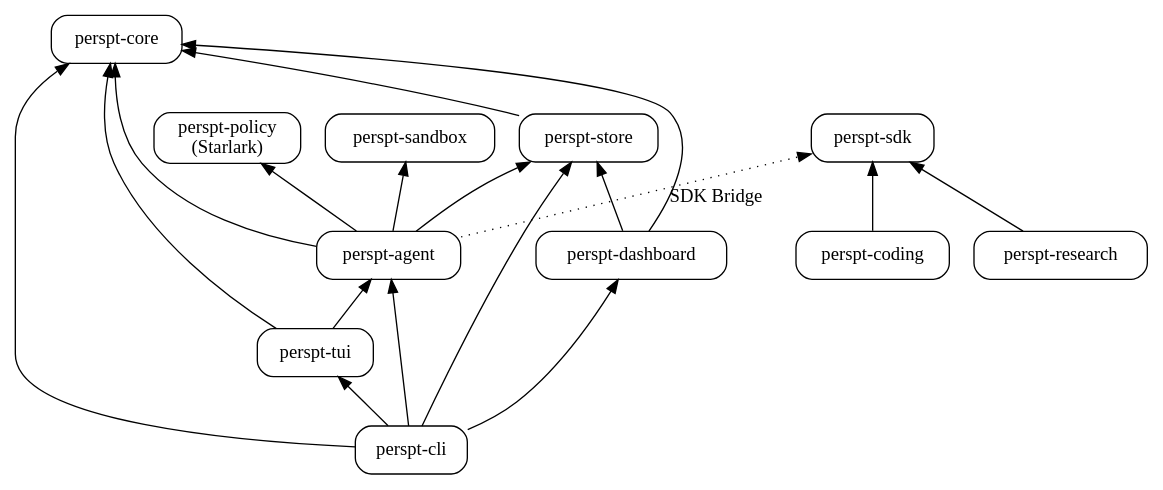
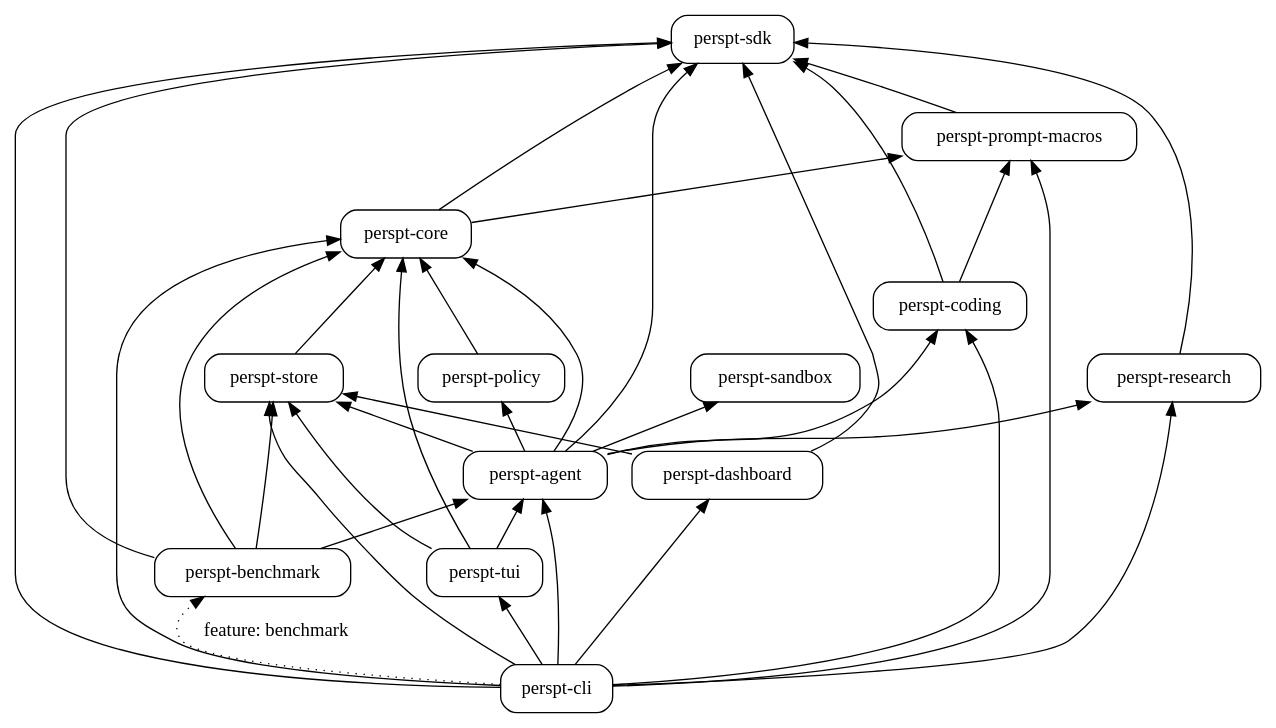
One commit to eonseed/perspt changed the diagram in docs/perspt_book/source/developer-guide/architecture.rst. Above: the diagram before and after it, drawn with Graphviz. The commit also changed other lines of this file and 51 other files, not shown here.

```diff
--- a/docs/perspt_book/source/developer-guide/architecture.rst
+++ b/docs/perspt_book/source/developer-guide/architecture.rst
@@ -36,26 +41,42 @@
 .. graphviz::
    :align: center
 
    digraph crates {
        rankdir=BT;
        node [shape=box, style=rounded];
        "perspt-cli" -> "perspt-core";
+       "perspt-cli" -> "perspt-sdk";
+       "perspt-cli" -> "perspt-tui";
        "perspt-cli" -> "perspt-agent";
-       "perspt-cli" -> "perspt-tui";
+       "perspt-cli" -> "perspt-coding";
+       "perspt-cli" -> "perspt-prompt-macros";
+       "perspt-cli" -> "perspt-research";
        "perspt-cli" -> "perspt-store";
+       "perspt-cli" -> "perspt-dashboard";
+       "perspt-cli" -> "perspt-benchmark" [style=dotted, label="feature: benchmark"];
+       "perspt-core" -> "perspt-sdk";
+       "perspt-core" -> "perspt-prompt-macros";
        "perspt-agent" -> "perspt-core";
-       "perspt-agent" -> "perspt-store";
+       "perspt-agent" -> "perspt-sdk";
+       "perspt-agent" -> "perspt-coding";
+       "perspt-agent" -> "perspt-research";
        "perspt-agent" -> "perspt-policy";
        "perspt-agent" -> "perspt-sandbox";
-       "perspt-agent" -> "perspt-sdk" [style=dotted, label="SDK Bridge"];
+       "perspt-agent" -> "perspt-store";
        "perspt-tui" -> "perspt-core";
        "perspt-tui" -> "perspt-agent";
+       "perspt-tui" -> "perspt-store";
        "perspt-store" -> "perspt-core";
-       "perspt-policy" [label="perspt-policy\n(Starlark)"];
+       "perspt-policy" -> "perspt-core";
        "perspt-sandbox" [label="perspt-sandbox"];
        "perspt-coding" -> "perspt-sdk";
+       "perspt-coding" -> "perspt-prompt-macros";
        "perspt-research" -> "perspt-sdk";
+       "perspt-prompt-macros" -> "perspt-sdk";
        "perspt-dashboard" -> "perspt-store";
-       "perspt-dashboard" -> "perspt-core";
-       "perspt-cli" -> "perspt-dashboard";
+       "perspt-dashboard" -> "perspt-sdk";
+       "perspt-benchmark" -> "perspt-agent";
+       "perspt-benchmark" -> "perspt-core";
+       "perspt-benchmark" -> "perspt-sdk";
+       "perspt-benchmark" -> "perspt-store";
    }
```
